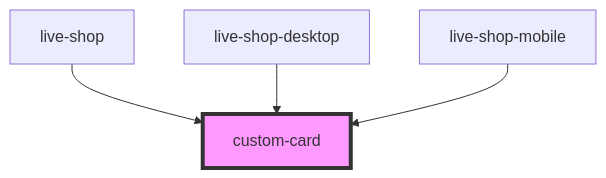
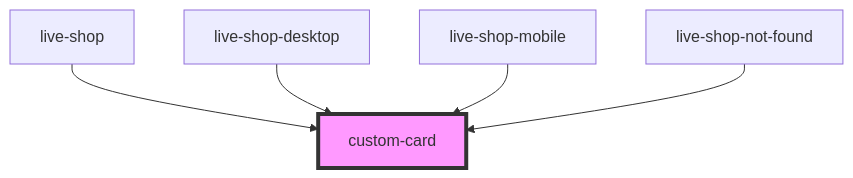
Before and after one commit to commerce-suite/storefront-components: the diagram in src/components/ui/custom-card/readme.md, drawn with Mermaid. The commit also changed other lines of this file and 7 other files, not shown here.

Commit message:
refactor: criacao de snippet live shop not found

````diff
--- a/src/components/ui/custom-card/readme.md
+++ b/src/components/ui/custom-card/readme.md
@@ -33,7 +34,8 @@
 ```mermaid
 graph TD;
   live-shop --> custom-card
   live-shop-desktop --> custom-card
   live-shop-mobile --> custom-card
+  live-shop-not-found --> custom-card
   style custom-card fill:#f9f,stroke:#333,stroke-width:4px
 ```
````
